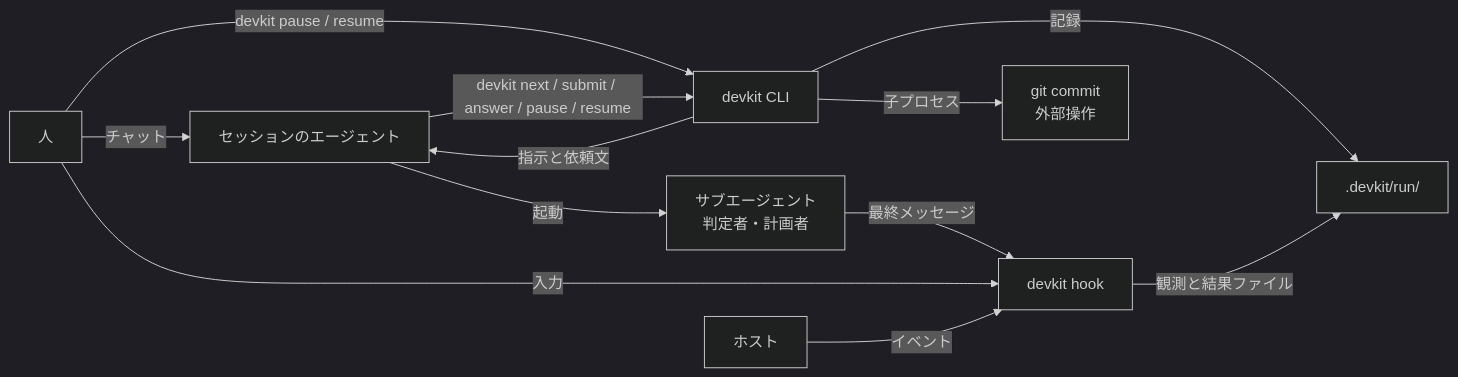
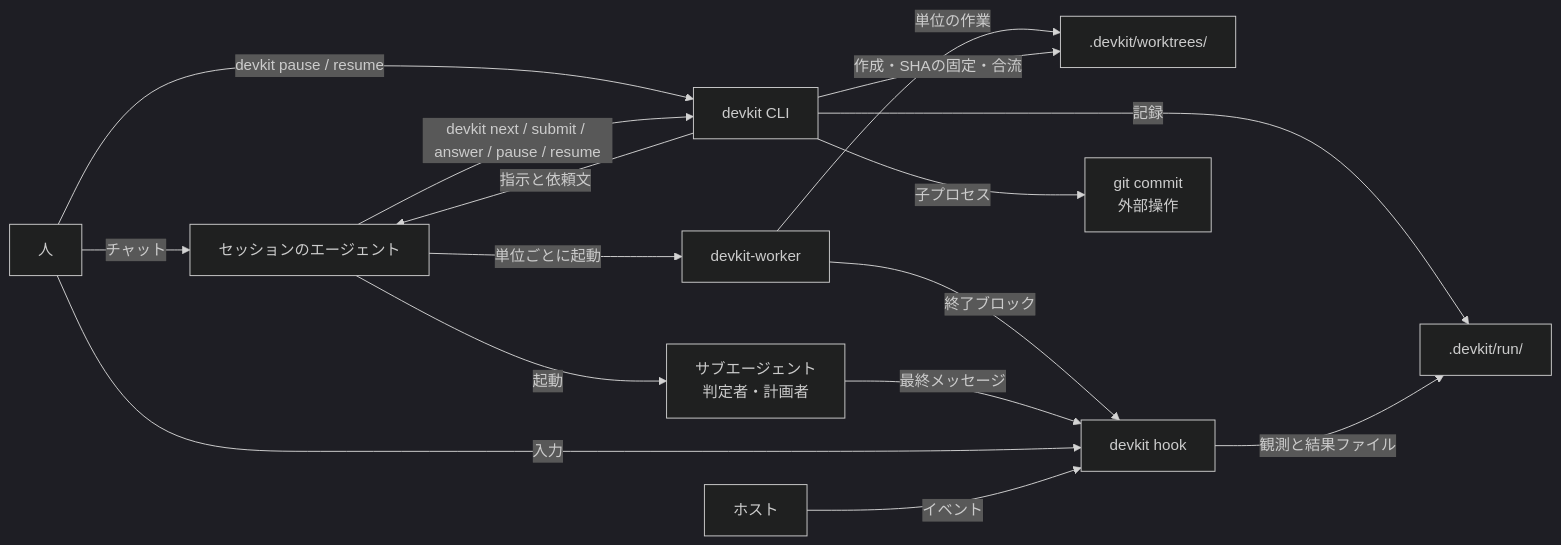
The diagram in docs/architecture.md (ildjenty/dev-kit), drawn with Mermaid (dark theme) before and after one commit. The commit also changed other lines of this file and 66 other files, not shown here.

First line of the commit message:
Run split stage work in parallel worker worktrees and judge the merged result in one stage round

````diff
--- a/docs/architecture.md
+++ b/docs/architecture.md
@@ -9,14 +9,18 @@
 ```mermaid
 graph LR
   human[人] -- チャット --> agent[セッションのエージェント]
   human -- "devkit pause / resume" --> devkit
   agent -- "devkit next / submit / answer / pause / resume" --> devkit[devkit CLI]
   devkit -- 指示と依頼文 --> agent
   devkit -- 記録 --> run[.devkit/run/]
   agent -- 起動 --> sub[サブエージェント<br/>判定者・計画者]
+  agent -- 単位ごとに起動 --> worker[devkit-worker]
+  worker -- 単位の作業 --> trees[.devkit/worktrees/]
+  devkit -- 作成・SHAの固定・合流 --> trees
+  worker -- 終了ブロック --> hook
   sub -- 最終メッセージ --> hook[devkit hook]
   human -- 入力 --> hook
   hook -- 観測と結果ファイル --> run
   devkit -- 子プロセス --> cmd[git commit<br/>外部操作]
   host[ホスト] -- イベント --> hook
 ```
````
